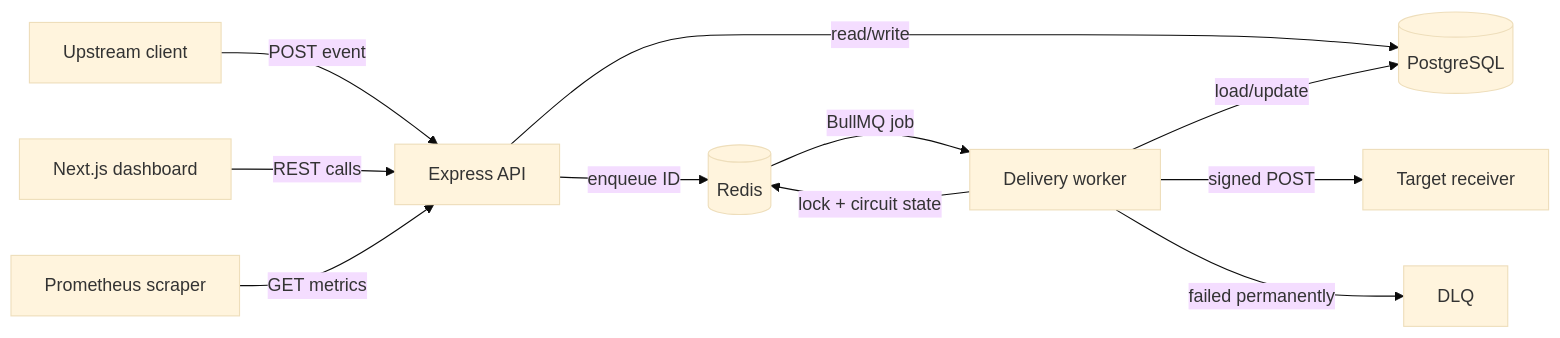
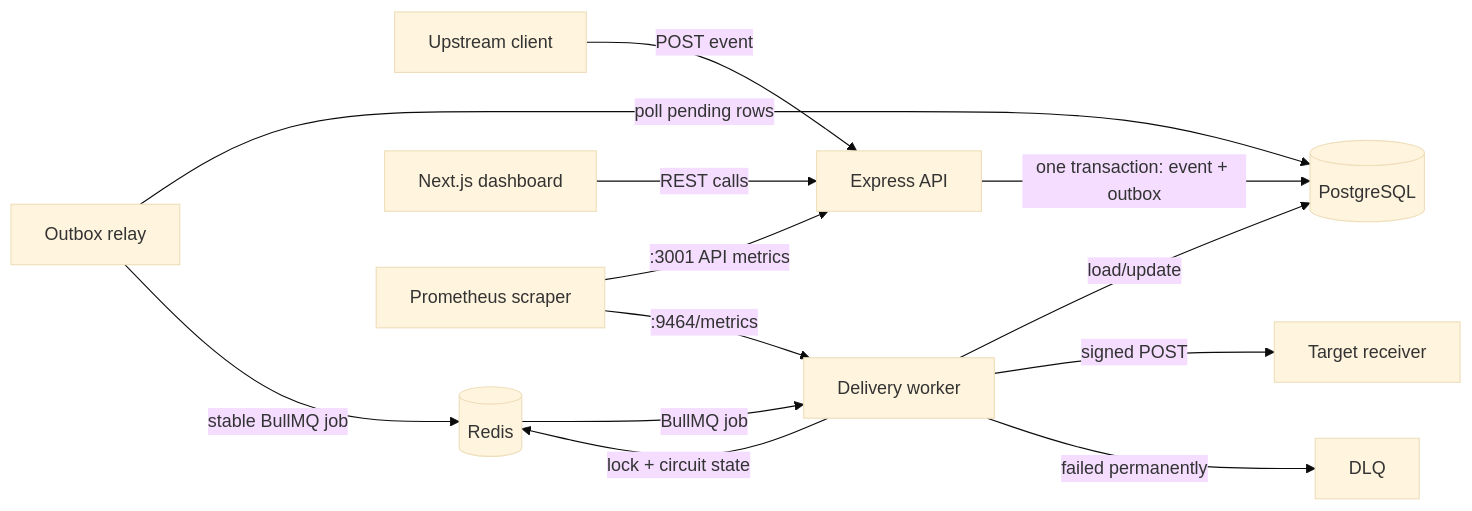
The first of 5 diagrams in docs/REHOOK_BEGINNER_TO_INTERVIEW_GUIDE.md (Lalithsha/ReHook), drawn with Mermaid (base theme) before and after one commit. The commit also changed other lines of this file and 28 other files, not shown here.

````diff
--- a/docs/REHOOK_BEGINNER_TO_INTERVIEW_GUIDE.md
+++ b/docs/REHOOK_BEGINNER_TO_INTERVIEW_GUIDE.md
@@ -174,13 +174,15 @@
 ```mermaid
 flowchart LR
     U[Upstream client] -->|POST event| API[Express API]
-    API -->|read/write| PG[(PostgreSQL)]
-    API -->|enqueue ID| R[(Redis)]
+    API -->|one transaction: event + outbox| PG[(PostgreSQL)]
+    O[Outbox relay] -->|poll pending rows| PG
+    O -->|stable BullMQ job| R[(Redis)]
     R -->|BullMQ job| W[Delivery worker]
     W -->|load/update| PG
     W -->|lock + circuit state| R
     W -->|signed POST| T[Target receiver]
     W -->|failed permanently| D[DLQ]
     UI[Next.js dashboard] -->|REST calls| API
-    P[Prometheus scraper] -->|GET metrics| API
+    P[Prometheus scraper] -->|:3001 API metrics| API
+    P -->|:9464/metrics| W
 ```
````
